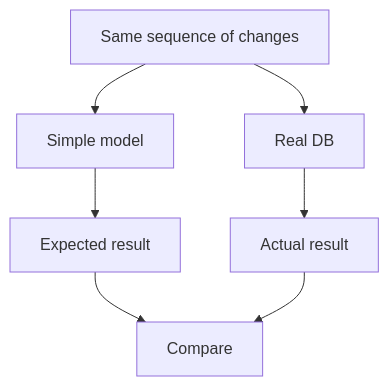
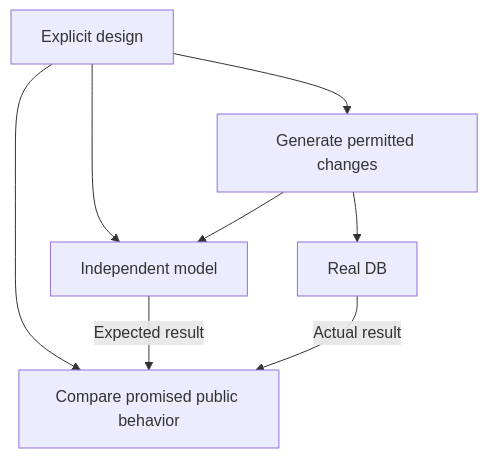
One commit to TanStack/tanstack.com changed the diagram in src/blog/tanstack-db-1.0-rc1-going-all-in-on-oracles.md. Above: the diagram before and after it, drawn with Mermaid. The commit also changed other lines of this file, not shown here.

````diff
--- a/src/blog/tanstack-db-1.0-rc1-going-all-in-on-oracles.md
+++ b/src/blog/tanstack-db-1.0-rc1-going-all-in-on-oracles.md
@@ -52,9 +73,10 @@
 ```mermaid
 flowchart TD
-    A["Same sequence of changes"] --> M["Simple model"]
-    A --> D["Real DB"]
-    M --> E["Expected result"]
-    D --> R["Actual result"]
-    E --> C["Compare"]
-    R --> C
+    P["Explicit design"] --> G["Generate permitted changes"]
+    P --> M["Independent model"]
+    P --> C["Compare promised public behavior"]
+    G --> M
+    G --> D["Real DB"]
+    M -->|Expected result| C
+    D -->|Actual result| C
 ```
````
